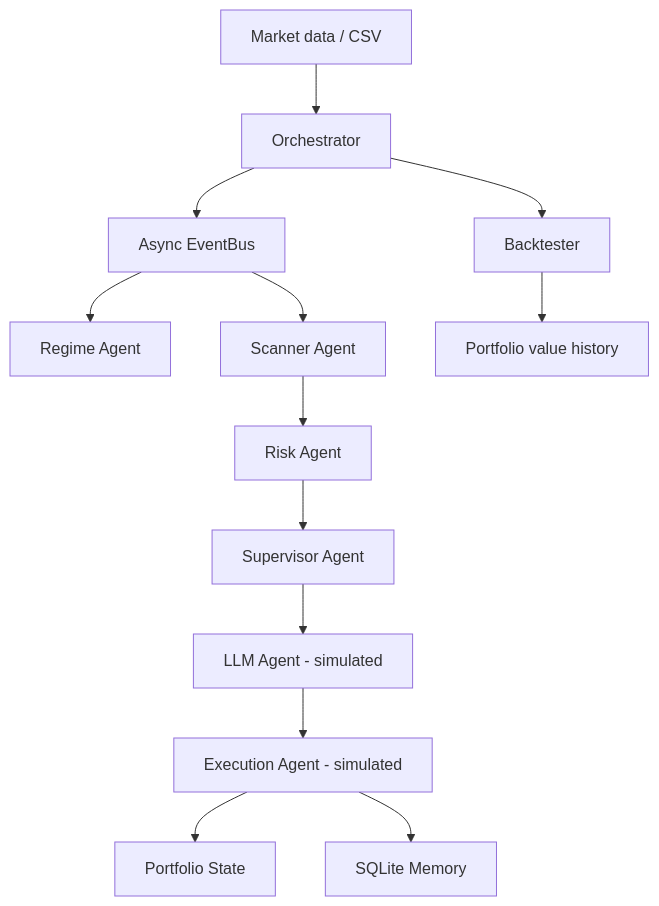
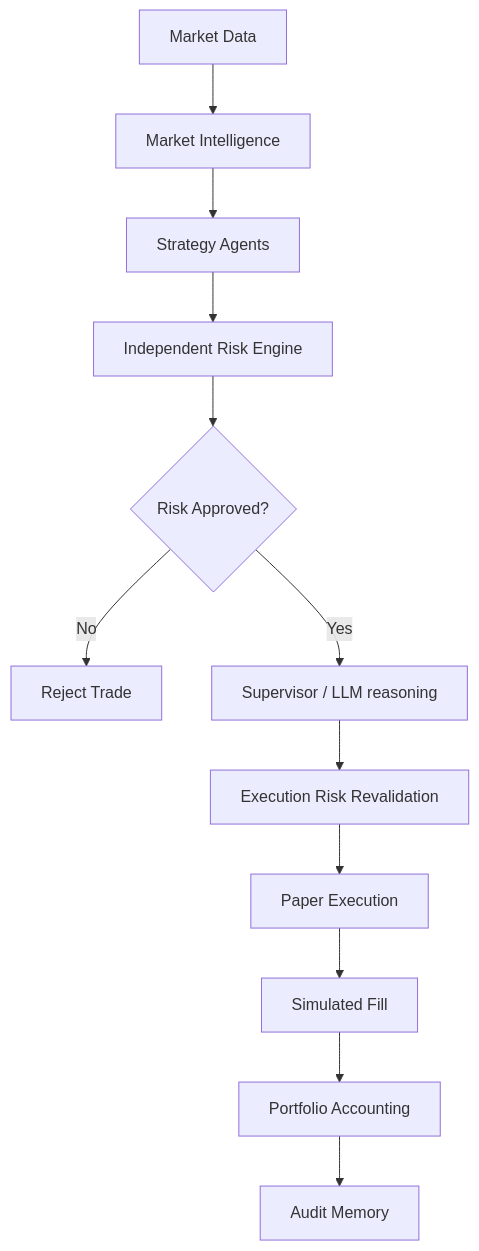
Before and after one commit to smpsandro1239/AiCryptoMultiAgente: the diagram in README.md, drawn with Mermaid. The commit also changed other lines of this file, not shown here.

Commit message:
Document phase 2 risk gate and paper trading architecture

````diff
--- a/README.md
+++ b/README.md
@@ -31,15 +35,14 @@
-```mermaid
+~~~mermaid
 flowchart TD
-    DATA[Market data / CSV] --> ORCH[Orchestrator]
-    ORCH --> BUS[Async EventBus]
-    BUS --> REG[Regime Agent]
-    BUS --> SCAN[Scanner Agent]
-    SCAN --> RISK[Risk Agent]
-    RISK --> SUP[Supervisor Agent]
-    SUP --> LLM[LLM Agent - simulated]
-    LLM --> EXEC[Execution Agent - simulated]
-    EXEC --> PORT[Portfolio State]
-    EXEC --> MEM[SQLite Memory]
-    ORCH --> BT[Backtester]
-    BT --> REPORT[Portfolio value history]
-```
+    DATA[Market Data] --> INTEL[Market Intelligence]
+    INTEL --> STRAT[Strategy Agents]
+    STRAT --> RISK[Independent Risk Engine]
+    RISK --> DEC{Risk Approved?}
+    DEC -->|No| REJECT[Reject Trade]
+    DEC -->|Yes| SUP[Supervisor / LLM reasoning]
+    SUP --> GATE[Execution Risk Revalidation]
+    GATE --> PAPER[Paper Execution]
+    PAPER --> FILL[Simulated Fill]
+    FILL --> PORT[Portfolio Accounting]
+    PORT --> MEM[Audit Memory]
+~~~
````
